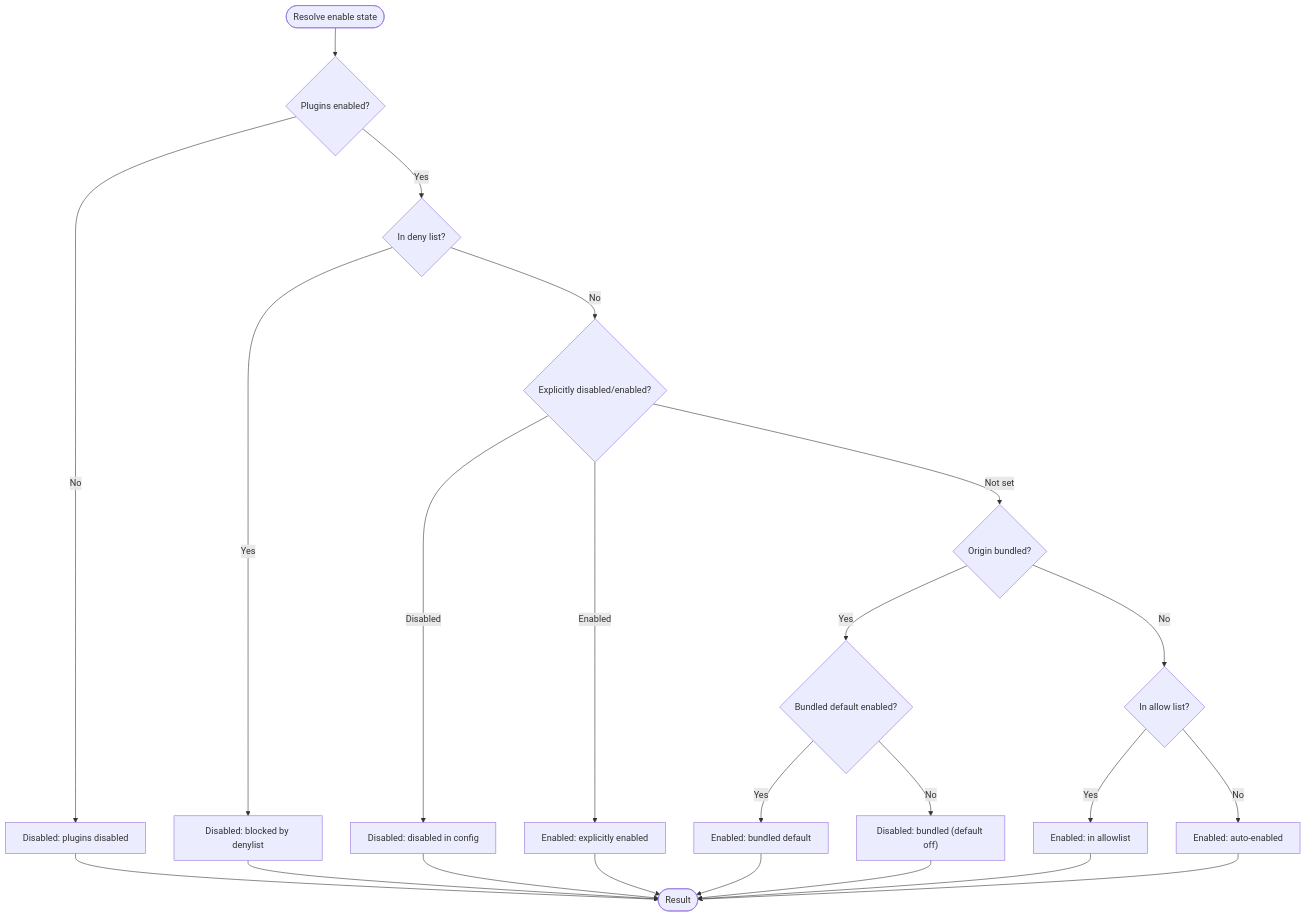
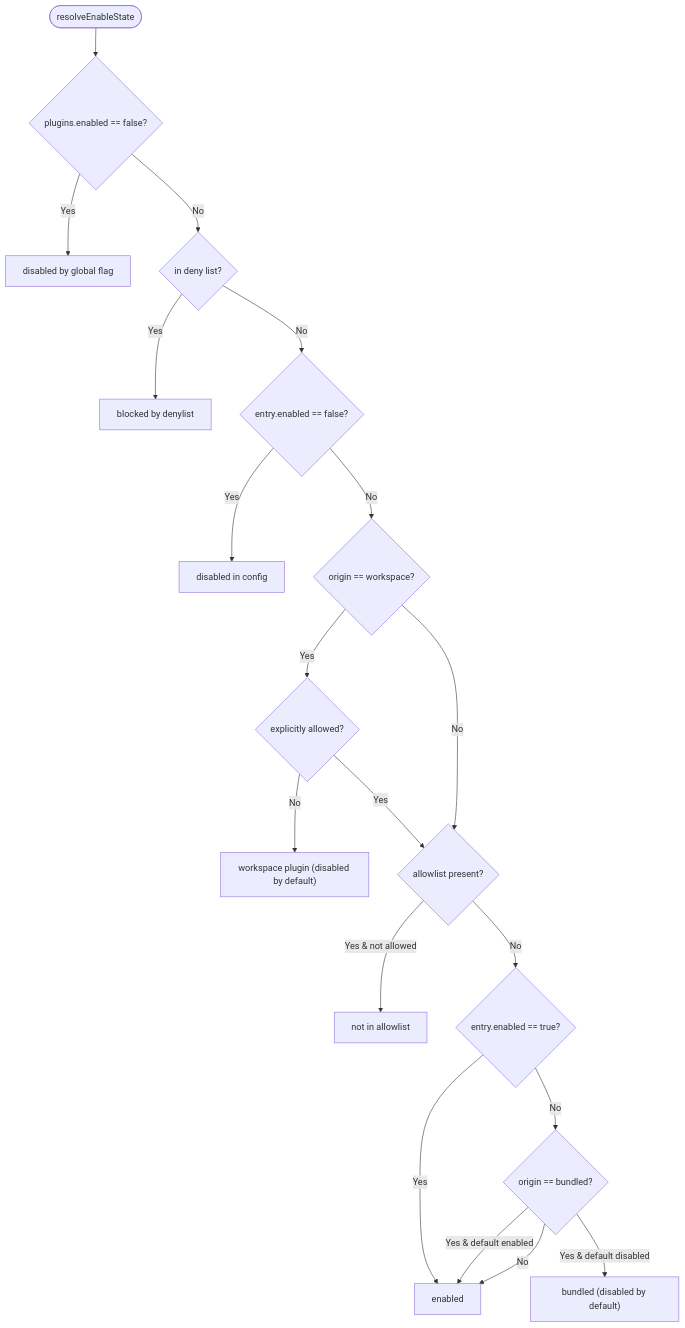
Before and after one commit to botx-work/OpenClaw-Internals: the seventh of 8 diagrams in repowiki/en/content/CLI Interface/Plugin Management.md, drawn with Mermaid. The commit also changed other lines of this file and 332 other files, not shown here.

````diff
--- a/repowiki/en/content/CLI Interface/Plugin Management.md
+++ b/repowiki/en/content/CLI Interface/Plugin Management.md
@@ -362,25 +270,21 @@
 ```mermaid
 flowchart TD
-CSStart([Resolve enable state]) --> Global{"Plugins enabled?"}
-Global --> |No| Disabled["Disabled: plugins disabled"]
-Global --> |Yes| Deny{"In deny list?"}
-Deny --> |Yes| Blocked["Disabled: blocked by denylist"]
-Deny --> |No| Entry{"Explicitly disabled/enabled?"}
-Entry --> |Disabled| EntryOff["Disabled: disabled in config"]
-Entry --> |Enabled| EntryOn["Enabled: explicitly enabled"]
-Entry --> |Not set| Bundled{"Origin bundled?"}
-Bundled --> |Yes| Default{"Bundled default enabled?"}
-Default --> |Yes| BundledOn["Enabled: bundled default"]
-Default --> |No| BundledOff["Disabled: bundled (default off)"]
-Bundled --> |No| Allow{"In allow list?"}
-Allow --> |Yes| Allowed["Enabled: in allowlist"]
-Allow --> |No| Auto["Enabled: auto-enabled"]
-Disabled --> End([Result])
-Blocked --> End
-EntryOff --> End
-EntryOn --> End
-BundledOn --> End
-BundledOff --> End
-Allowed --> End
-Auto --> End
+CStart(["resolveEnableState"]) --> Disabled{"plugins.enabled == false?"}
+Disabled --> |Yes| R1["disabled by global flag"]
+Disabled --> |No| Denied{"in deny list?"}
+Denied --> |Yes| R2["blocked by denylist"]
+Denied --> |No| EntryOff{"entry.enabled == false?"}
+EntryOff --> |Yes| R3["disabled in config"]
+EntryOff --> |No| Workspace{"origin == workspace?"}
+Workspace --> |Yes| Allowed{"explicitly allowed?"}
+Allowed --> |No| R4["workspace plugin (disabled by default)"]
+Allowed --> |Yes| AllowCheck{"allowlist present?"}
+Workspace --> |No| AllowCheck
+AllowCheck --> |Yes & not allowed| R5["not in allowlist"]
+AllowCheck --> |No| EntryOn{"entry.enabled == true?"}
+EntryOn --> |Yes| Enabled["enabled"]
+EntryOn --> |No| Bundled{"origin == bundled?"}
+Bundled --> |Yes & default enabled| Enabled
+Bundled --> |Yes & default disabled| R6["bundled (disabled by default)"]
+Bundled --> |No| Enabled
 ```
````
